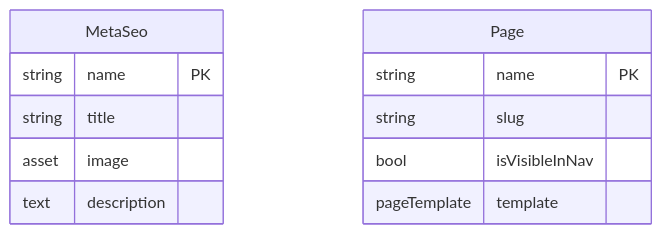
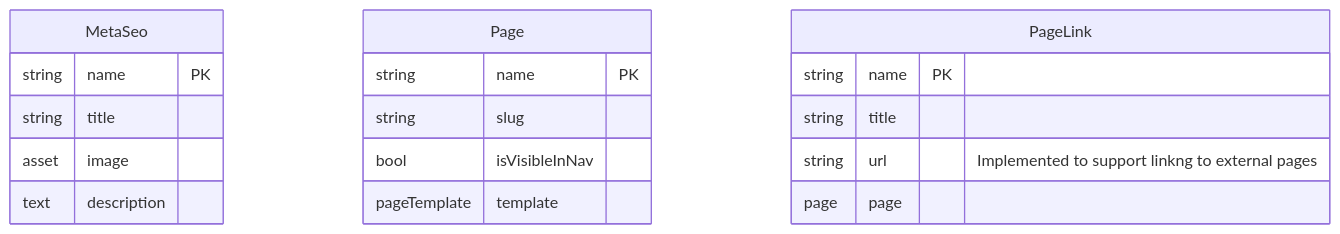
The diagram in src/common-erd-tables.md (brendanpowershifter/erd-docs), drawn with Mermaid before and after one commit. The commit also changed 15 other files, not shown here.

````diff
--- a/src/common-erd-tables.md
+++ b/src/common-erd-tables.md
@@ -2,16 +2,23 @@
 ```mermaid
 erDiagram
  MetaSeo {
     string name PK
     string title
     asset image
     text description
   }
 
   Page {
     string name PK
     string slug
     bool isVisibleInNav
     pageTemplate template
   }
+
+  PageLink {
+    string name PK
+    string title
+    string url "Implemented to support linkng to external pages"
+    page page
+  }
 ```
````
